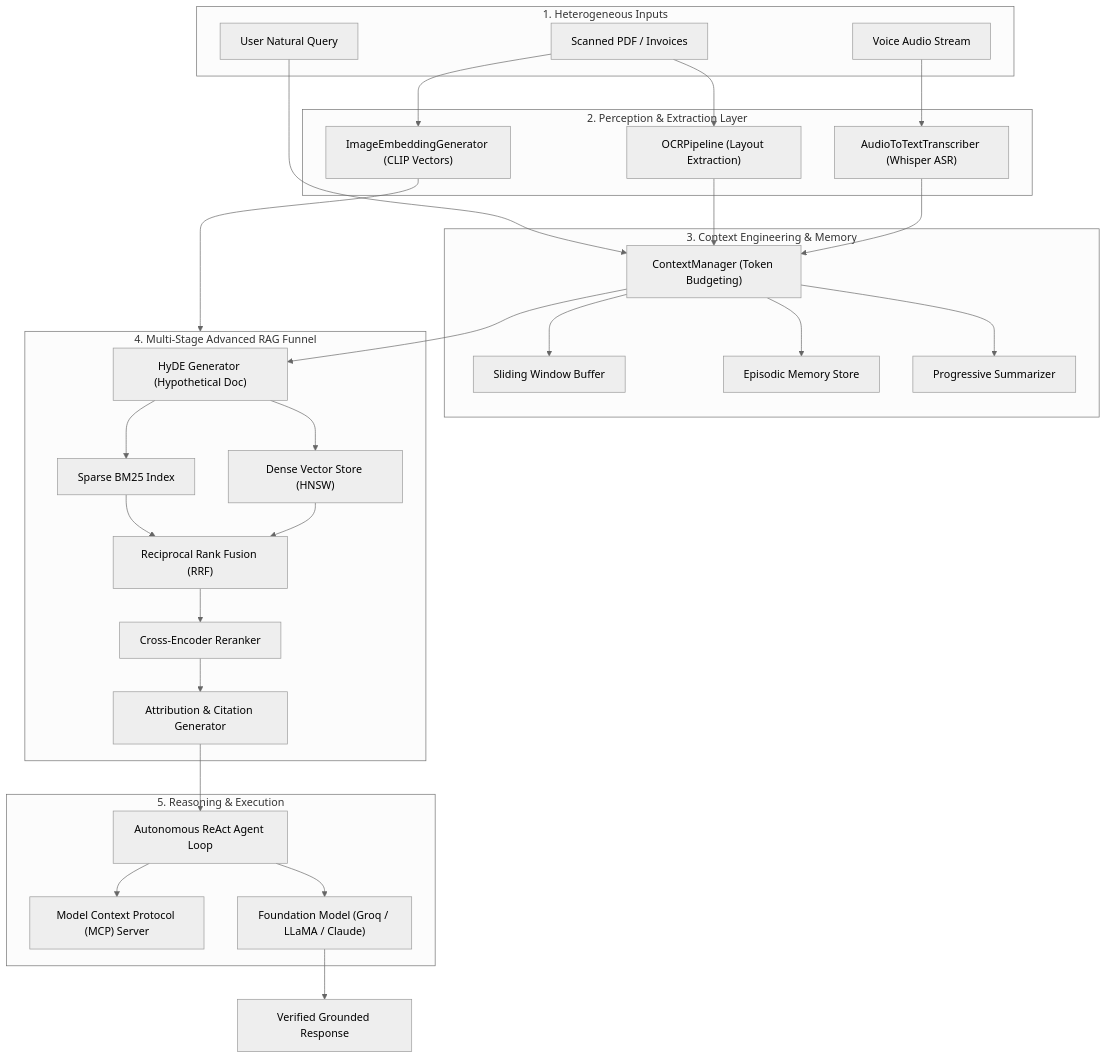
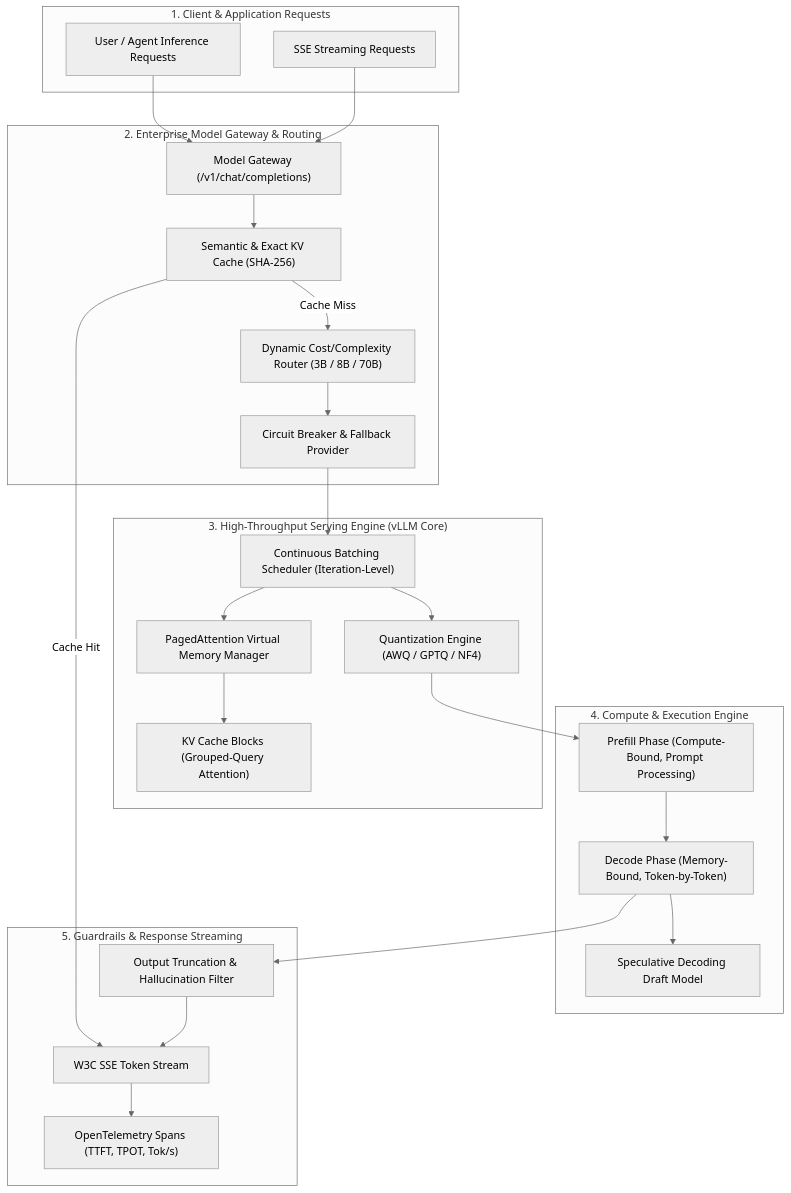
Before and after one commit to KUSHALMN/GenAI-Engineer-Roadmap: the second of 3 diagrams in README.md, drawn with Mermaid (neutral theme). The commit also changed other lines of this file, not shown here.

Commit message:
docs: update root README with complete Months 01-05 roadmap and metrics

````diff
--- a/README.md
+++ b/README.md
@@ -60,62 +68,50 @@
 ```mermaid
 flowchart TD
-    subgraph MultiModalInputs["1. Heterogeneous Inputs"]
-        UserQuery["User Natural Query"]
-        DocImage["Scanned PDF / Invoices"]
-        SpeechAudio["Voice Audio Stream"]
+    subgraph ClientLayer["1. Client & Application Requests"]
+        Req["User / Agent Inference Requests"]
+        StreamReq["SSE Streaming Requests"]
     end
 
-    subgraph Encoders["2. Perception & Extraction Layer"]
-        OCR["OCRPipeline (Layout Extraction)"]
-        ASR["AudioToTextTranscriber (Whisper ASR)"]
-        CLIP["ImageEmbeddingGenerator (CLIP Vectors)"]
+    subgraph GatewayLayer["2. Enterprise Model Gateway & Routing"]
+        Gate["Model Gateway (/v1/chat/completions)"]
+        Router["Dynamic Cost/Complexity Router (3B / 8B / 70B)"]
+        Cache["Semantic & Exact KV Cache (SHA-256)"]
+        Circuit["Circuit Breaker & Fallback Provider"]
     end
 
-    subgraph ContextEngine["3. Context Engineering & Memory"]
-        CtxMgr["ContextManager (Token Budgeting)"]
-        SlidingMem["Sliding Window Buffer"]
-        EpisodicStore["Episodic Memory Store"]
-        Summarizer["Progressive Summarizer"]
+    subgraph ServingEngine["3. High-Throughput Serving Engine (vLLM Core)"]
+        Scheduler["Continuous Batching Scheduler (Iteration-Level)"]
+        PagedAttn["PagedAttention Virtual Memory Manager"]
+        KVCache["KV Cache Blocks (Grouped-Query Attention)"]
+        QuantLayer["Quantization Engine (AWQ / GPTQ / NF4)"]
     end
 
-    subgraph RetrievalEngine["4. Multi-Stage Advanced RAG Funnel"]
-        HyDE["HyDE Generator (Hypothetical Doc)"]
-        BM25["Sparse BM25 Index"]
-        Dense["Dense Vector Store (HNSW)"]
-        RRF["Reciprocal Rank Fusion (RRF)"]
-        Rerank["Cross-Encoder Reranker"]
-        Citation["Attribution & Citation Generator"]
+    subgraph ExecutionLayer["4. Compute & Execution Engine"]
+        Prefill["Prefill Phase (Compute-Bound, Prompt Processing)"]
+        Decode["Decode Phase (Memory-Bound, Token-by-Token)"]
+        Speculative["Speculative Decoding Draft Model"]
     end
 
-    subgraph Inference["5. Reasoning & Execution"]
-        Agent["Autonomous ReAct Agent Loop"]
-        MCP["Model Context Protocol (MCP) Server"]
-        LLM["Foundation Model (Groq / LLaMA / Claude)"]
+    subgraph OutputLayer["5. Guardrails & Response Streaming"]
+        OutputGuard["Output Truncation & Hallucination Filter"]
+        SSEStream["W3C SSE Token Stream"]
+        Telemetry["OpenTelemetry Spans (TTFT, TPOT, Tok/s)"]
     end
 
-    UserQuery --> CtxMgr
-    DocImage --> OCR
-    DocImage --> CLIP
-    SpeechAudio --> ASR
-
-    OCR --> CtxMgr
-    CLIP --> RetrievalEngine
-    ASR --> CtxMgr
-
-    CtxMgr --> SlidingMem
-    CtxMgr --> EpisodicStore
-    CtxMgr --> Summarizer
-
-    CtxMgr --> HyDE
-    HyDE --> BM25
-    HyDE --> Dense
-    BM25 --> RRF
-    Dense --> RRF
-    RRF --> Rerank
-    Rerank --> Citation
-    Citation --> Agent
-
-    Agent --> MCP
-    Agent --> LLM
-    LLM --> FinalAnswer["Verified Grounded Response"]
+    Req --> Gate
+    StreamReq --> Gate
+    Gate --> Cache
+    Cache -- Cache Miss --> Router
+    Cache -- Cache Hit --> SSEStream
+    Router --> Circuit
+    Circuit --> Scheduler
+    Scheduler --> PagedAttn
+    PagedAttn --> KVCache
+    Scheduler --> QuantLayer
+    QuantLayer --> Prefill
+    Prefill --> Decode
+    Decode --> Speculative
+    Decode --> OutputGuard
+    OutputGuard --> SSEStream
+    SSEStream --> Telemetry
 ```
````
